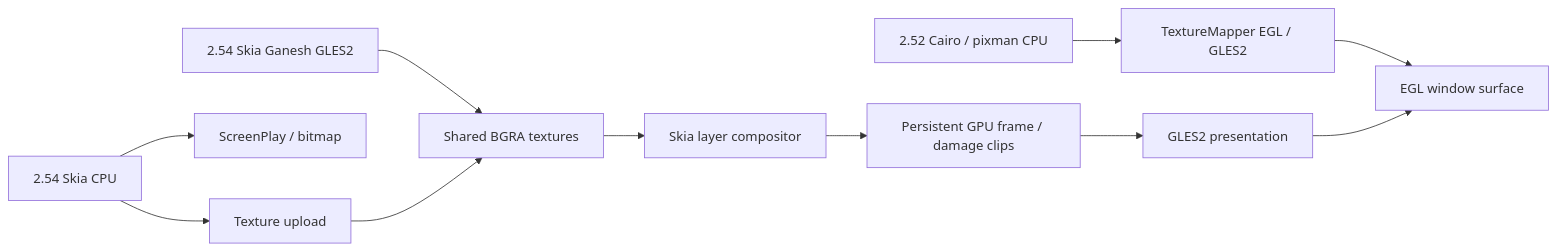
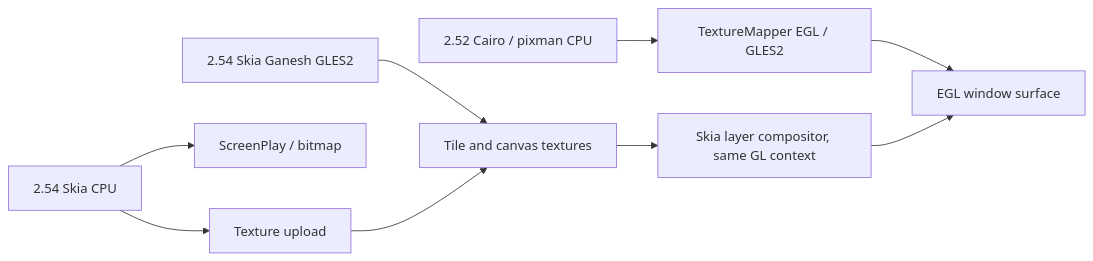
One commit to yeatse/WebKit-Symbian changed the diagram in Tools/Symbian/docs/VersionComparison.md. Above: the diagram before and after it, drawn with Mermaid. The commit also changed other lines of this file, not shown here.

First line of the commit message:
[Symbian] Docs: single GL context and encoders in the version comparison [skip ci]

````diff
--- a/Tools/Symbian/docs/VersionComparison.md
+++ b/Tools/Symbian/docs/VersionComparison.md
@@ -29,9 +29,9 @@
 ```mermaid
 flowchart LR
     cairo["2.52 Cairo / pixman CPU"] --> mapper["TextureMapper EGL / GLES2"]
     mapper --> egl["EGL window surface"]
-    ganesh["2.54 Skia Ganesh GLES2"] --> textures["Shared BGRA textures"]
-    textures --> scene["Skia layer compositor"] --> retained["Persistent GPU frame / damage clips"] --> present["GLES2 presentation"] --> egl
+    ganesh["2.54 Skia Ganesh GLES2"] --> textures["Tile and canvas textures"]
+    textures --> scene["Skia layer compositor, same GL context"] --> egl
     cpu["2.54 Skia CPU"] --> software["ScreenPlay / bitmap"]
     cpu --> upload["Texture upload"] --> textures
 ```
````
